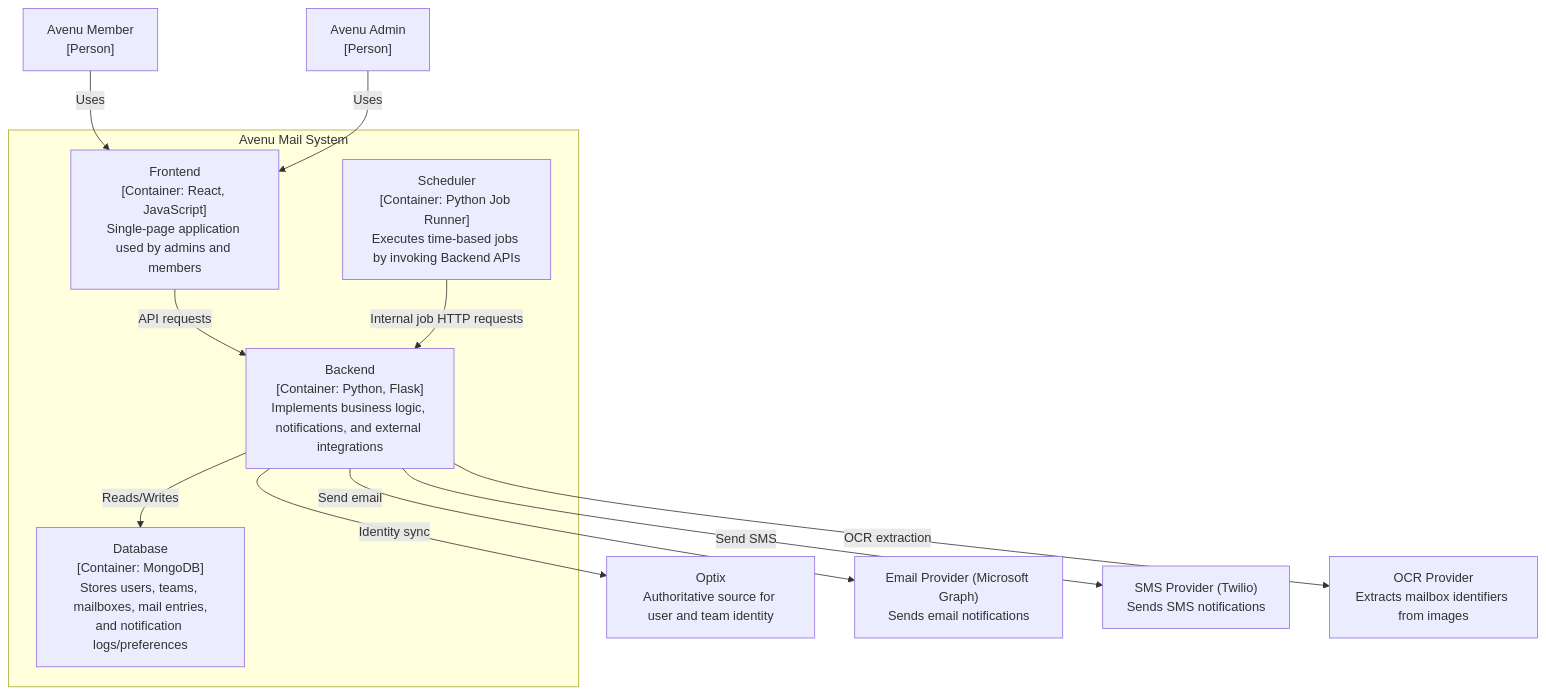
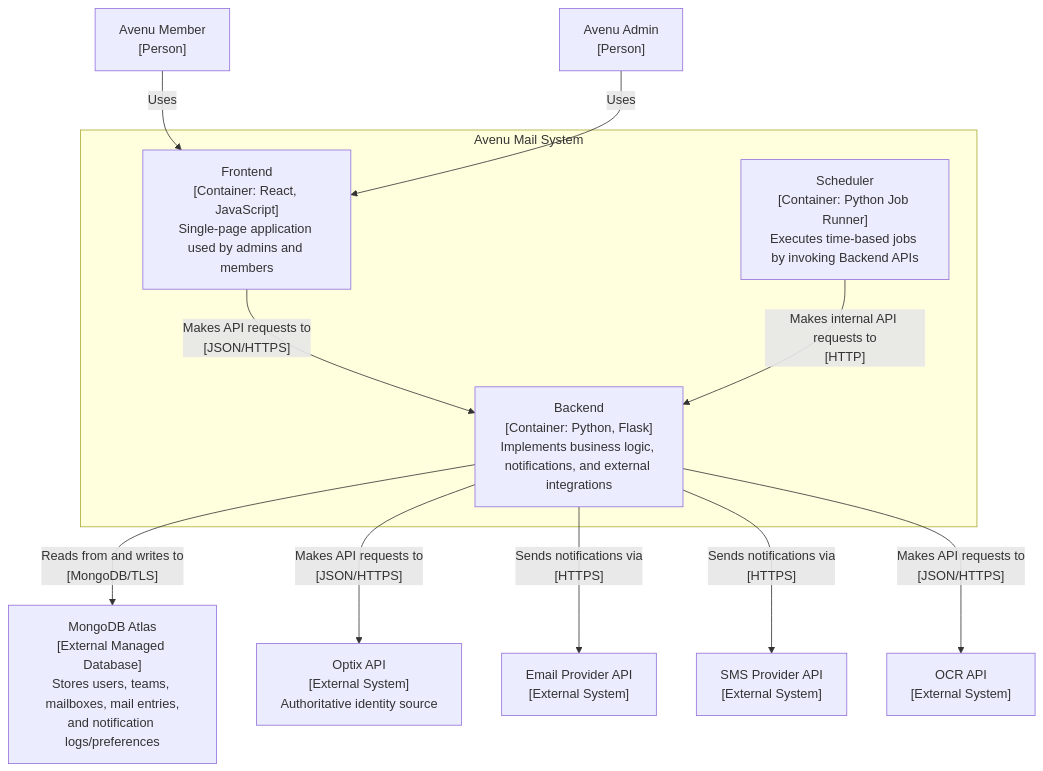
The diagram in docs/01-architecture/diagrams/container-diagram.mmd (CMU-413/avenu), drawn with Mermaid before and after one commit. The commit also changed 9 other files, not shown here.

Commit message:
docs: update docs + diagrams to latest design

```diff
--- a/docs/01-architecture/diagrams/container-diagram.mmd
+++ b/docs/01-architecture/diagrams/container-diagram.mmd
@@ -1,26 +1,36 @@
 flowchart TB
 
 Member["Avenu Member<br>[Person]"]
 Admin["Avenu Admin<br>[Person]"]
 
 subgraph Avenu["Avenu Mail System"]
+
     Frontend["Frontend<br>[Container: React, JavaScript]<br>Single-page application used by admins and members"]
+
     Backend["Backend<br>[Container: Python, Flask]<br>Implements business logic, notifications, and external integrations"]
+
     Scheduler["Scheduler<br>[Container: Python Job Runner]<br>Executes time-based jobs by invoking Backend APIs"]
-    Database["Database<br>[Container: MongoDB]<br>Stores users, teams, mailboxes, mail entries,<br>and notification logs/preferences"]
+
 end
 
-Optix["Optix<br>Authoritative source for user and team identity"]
-EmailProvider["Email Provider (Microsoft Graph)<br>Sends email notifications"]
-SMSProvider["SMS Provider (Twilio)<br>Sends SMS notifications"]
-OCRProvider["OCR Provider<br>Extracts mailbox identifiers from images"]
+MongoDB["MongoDB Atlas<br>[External Managed Database]<br>Stores users, teams, mailboxes, mail entries,<br>and notification logs/preferences"]
+
+Optix["Optix API<br>[External System]<br>Authoritative identity source"]
+
+EmailProvider["Email Provider API<br>[External System]"]
+
+SMSProvider["SMS Provider API<br>[External System]"]
+
+OCRProvider["OCR API<br>[External System]"]
 
 Member -->|"Uses"| Frontend
 Admin -->|"Uses"| Frontend
-Frontend -->|"API requests"| Backend
-Scheduler -->|"Internal job HTTP requests"| Backend
-Backend -->|"Reads/Writes"| Database
-Backend -->|"Identity sync"| Optix
-Backend -->|"Send email"| EmailProvider
-Backend -->|"Send SMS"| SMSProvider
-Backend -->|"OCR extraction"| OCRProvider
+
+Frontend -->|"Makes API requests to<br>[JSON/HTTPS]"| Backend
+Scheduler -->|"Makes internal API requests to<br>[HTTP]"| Backend
+
+Backend -->|"Reads from and writes to<br>[MongoDB/TLS]"| MongoDB
+Backend -->|"Makes API requests to<br>[JSON/HTTPS]"| Optix
+Backend -->|"Sends notifications via<br>[HTTPS]"| EmailProvider
+Backend -->|"Sends notifications via<br>[HTTPS]"| SMSProvider
+Backend -->|"Makes API requests to<br>[JSON/HTTPS]"| OCRProvider
```
